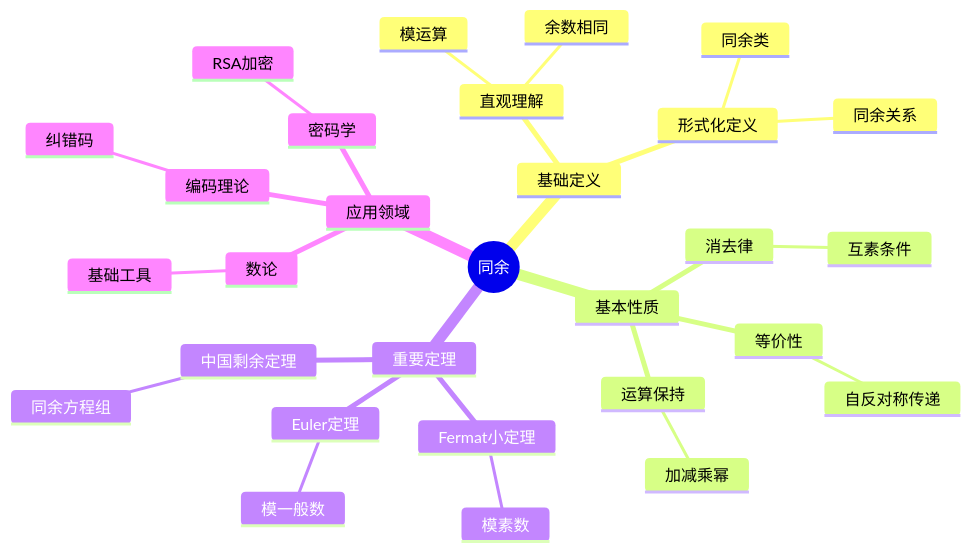
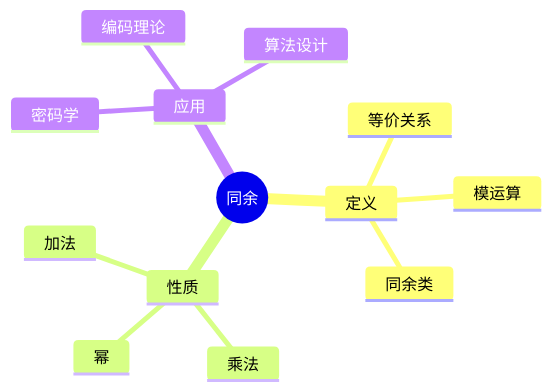
Before and after one commit to AdaMartin18010/FormalMath: the first of 11 diagrams in concept/核心概念/27-同余.md, drawn with Mermaid. The commit also changed other lines of this file and 4793 other files, not shown here.

````diff
--- a/concept/核心概念/27-同余.md
+++ b/concept/核心概念/27-同余.md
@@ -496,32 +1122,16 @@
 ```mermaid
 mindmap
   root((同余))
-    基础定义
-      直观理解
-        余数相同
-        模运算
-      形式化定义
-        同余关系
-        同余类
-    基本性质
-      等价性
-        自反对称传递
-      运算保持
-        加减乘幂
-      消去律
-        互素条件
-    重要定理
-      Fermat小定理
-        模素数
-      Euler定理
-        模一般数
-      中国剩余定理
-        同余方程组
-    应用领域
-      数论
-        基础工具
+    定义
+      等价关系
+      模运算
+      同余类
+    性质
+      加法
+      乘法
+      幂
+    应用
       密码学
-        RSA加密
       编码理论
-        纠错码
+      算法设计
 ```
````
